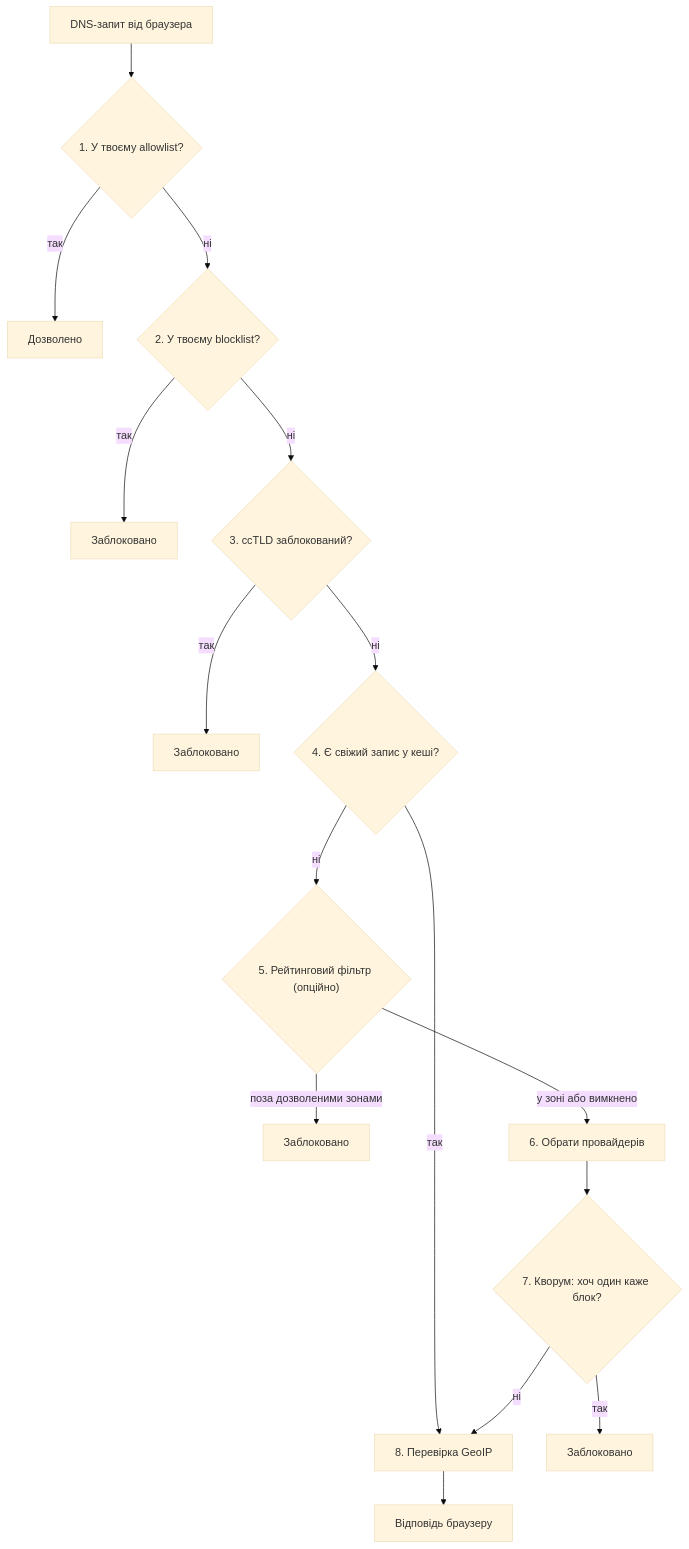
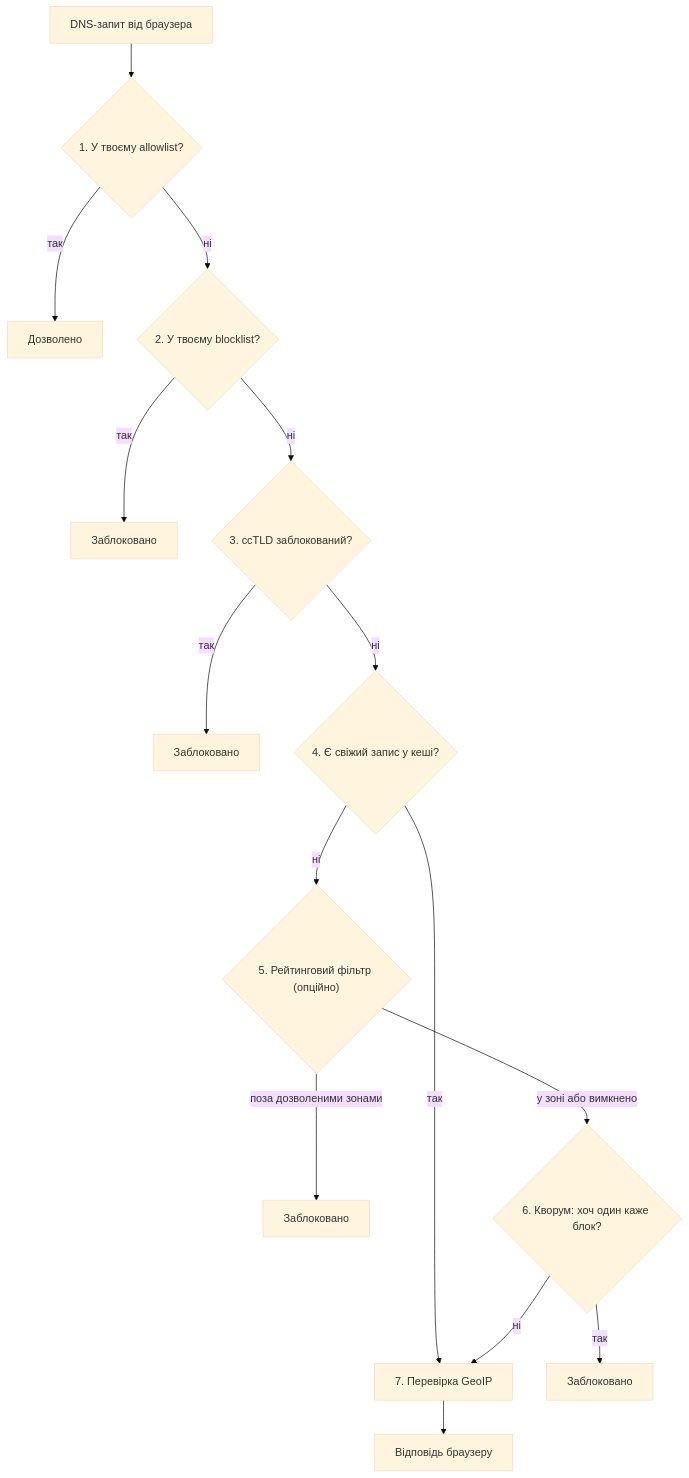
The diagram in README.md (user137/dns-quorum-filter), drawn with Mermaid (base theme) before and after one commit. The commit also changed other lines of this file and 3 other files, not shown here.

````diff
--- a/README.md
+++ b/README.md
@@ -73,18 +71,17 @@
 ```mermaid
 flowchart TD
     Q["DNS-запит від браузера"] --> A{"1. У твоєму allowlist?"}
     A -- так --> ALLOW1["Дозволено"]
     A -- ні --> B{"2. У твоєму blocklist?"}
     B -- так --> BLOCK1["Заблоковано"]
     B -- ні --> C{"3. ccTLD заблокований?"}
     C -- так --> BLOCK2["Заблоковано"]
     C -- ні --> D{"4. Є свіжий запис у кеші?"}
-    D -- так --> G["8. Перевірка GeoIP"]
+    D -- так --> G["7. Перевірка GeoIP"]
     D -- ні --> E{"5. Рейтинговий фільтр (опційно)"}
     E -- "поза дозволеними зонами" --> BLOCK3["Заблоковано"]
-    E -- "у зоні або вимкнено" --> F["6. Обрати провайдерів"]
-    F --> QU{"7. Кворум: хоч один каже блок?"}
+    E -- "у зоні або вимкнено" --> QU{"6. Кворум: хоч один каже блок?"}
     QU -- так --> BLOCK4["Заблоковано"]
     QU -- ні --> G
     G --> RESULT["Відповідь браузеру"]
 ```
````
